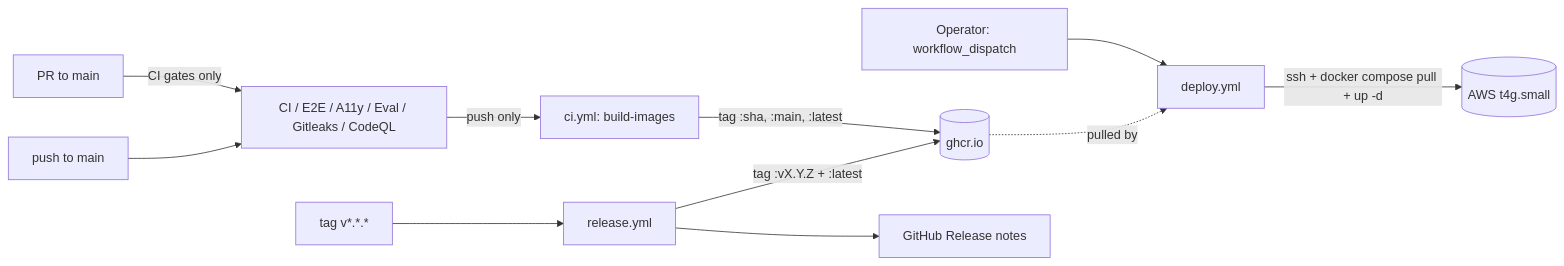
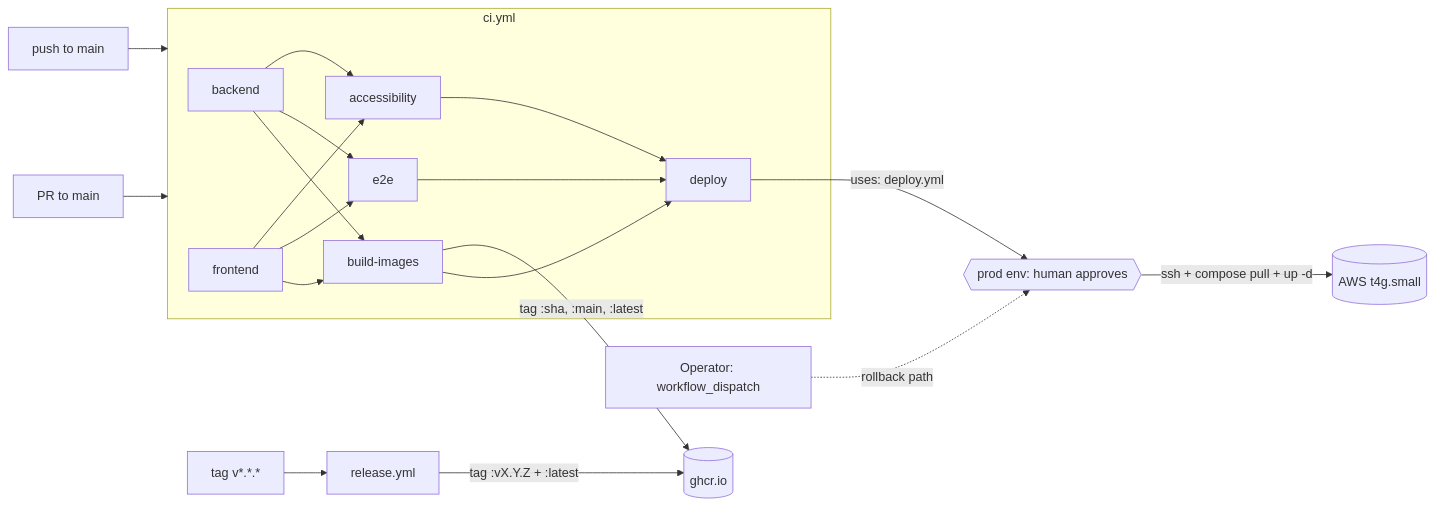
One commit to ahmedEid1/lumen changed the diagram in docs/ci-cd.md. Above: the diagram before and after it, drawn with Mermaid. The commit also changed other lines of this file and 7 other files, not shown here.

````diff
--- a/docs/ci-cd.md
+++ b/docs/ci-cd.md
@@ -13,13 +18,22 @@
 ```mermaid
 flowchart LR
-    PR[PR to main] -->|CI gates only| CI[CI / E2E / A11y / Eval / Gitleaks / CodeQL]
+    PR[PR to main] --> CI
     Push[push to main] --> CI
-    CI -->|push only| Build[ci.yml: build-images]
-    Build -->|tag :sha, :main, :latest| GHCR[(ghcr.io)]
-    Manual[Operator: workflow_dispatch] --> Deploy[deploy.yml]
-    GHCR -. pulled by .-> Deploy
-    Deploy -->|ssh + docker compose pull + up -d| AWS[(AWS t4g.small)]
+    subgraph CI [ci.yml]
+        Backend[backend] --> BuildImages[build-images]
+        Frontend[frontend] --> BuildImages
+        Backend --> E2E[e2e]
+        Frontend --> E2E
+        Backend --> A11y[accessibility]
+        Frontend --> A11y
+        BuildImages --> Deploy[deploy]
+        E2E --> Deploy
+        A11y --> Deploy
+    end
+    BuildImages -->|tag :sha, :main, :latest| GHCR[(ghcr.io)]
+    Deploy -->|uses: deploy.yml| Approval{{prod env: human approves}}
+    Approval -->|ssh + compose pull + up -d| AWS[(AWS t4g.small)]
+    Manual[Operator: workflow_dispatch] -.->|rollback path| Approval
     Tag["tag v*.*.*"] --> Release[release.yml]
     Release -->|tag :vX.Y.Z + :latest| GHCR
-    Release --> GHRelease[GitHub Release notes]
 ```
````
